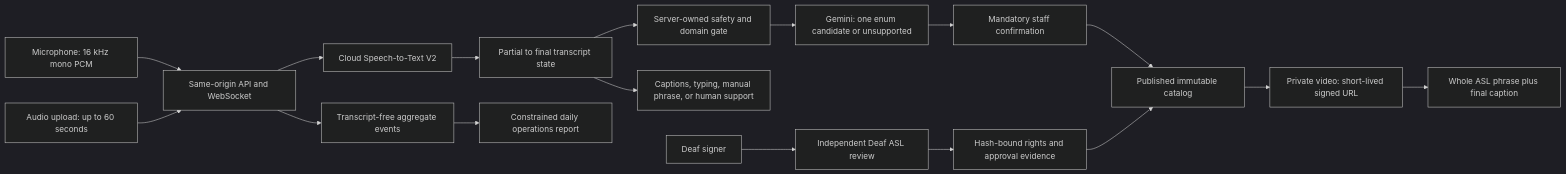
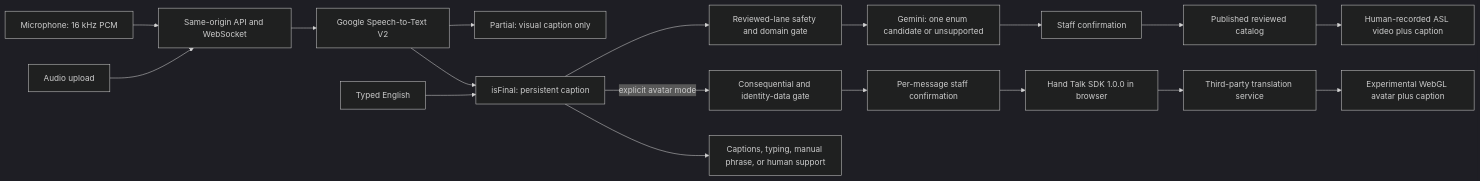
The diagram in README.md (vidur0618/SignBridge), drawn with Mermaid (dark theme) before and after one commit. The commit also changed other lines of this file and 35 other files, not shown here.

Commit message:
Add opt-in ASL avatar evaluation lane

````diff
--- a/README.md
+++ b/README.md
@@ -28,19 +37,23 @@
 ```mermaid
 flowchart LR
-  mic["Microphone: 16 kHz mono PCM"] --> api["Same-origin API and WebSocket"]
-  upload["Audio upload: up to 60 seconds"] --> api
-  api --> stt["Cloud Speech-to-Text V2"]
-  stt --> final["Partial to final transcript state"]
-  final --> gate["Server-owned safety and domain gate"]
+  mic["Microphone: 16 kHz PCM"] --> api["Same-origin API and WebSocket"]
+  upload["Audio upload"] --> api
+  api --> stt["Google Speech-to-Text V2"]
+  stt --> partial["Partial: visual caption only"]
+  stt --> final["isFinal: persistent caption"]
+  typed["Typed English"] --> final
+
+  final --> gate["Reviewed-lane safety and domain gate"]
   gate --> gemini["Gemini: one enum candidate or unsupported"]
-  gemini --> staff["Mandatory staff confirmation"]
-  staff --> catalog["Published immutable catalog"]
-  catalog --> storage["Private video: short-lived signed URL"]
-  storage --> output["Whole ASL phrase plus final caption"]
+  gemini --> confirm["Staff confirmation"]
+  confirm --> catalog["Published reviewed catalog"]
+  catalog --> video["Human-recorded ASL video plus caption"]
+
+  final -->|"explicit avatar mode"| avatarGate["Consequential and identity-data gate"]
+  avatarGate --> avatarConfirm["Per-message staff confirmation"]
+  avatarConfirm --> sdk["Hand Talk SDK 1.0.0 in browser"]
+  sdk --> vendor["Third-party translation service"]
+  vendor --> avatar["Experimental WebGL avatar plus caption"]
+
   final --> fallback["Captions, typing, manual phrase, or human support"]
-  api --> events["Transcript-free aggregate events"]
-  events --> ops["Constrained daily operations report"]
-  signer["Deaf signer"] --> review["Independent Deaf ASL review"]
-  review --> evidence["Hash-bound rights and approval evidence"]
-  evidence --> catalog
 ```
````
